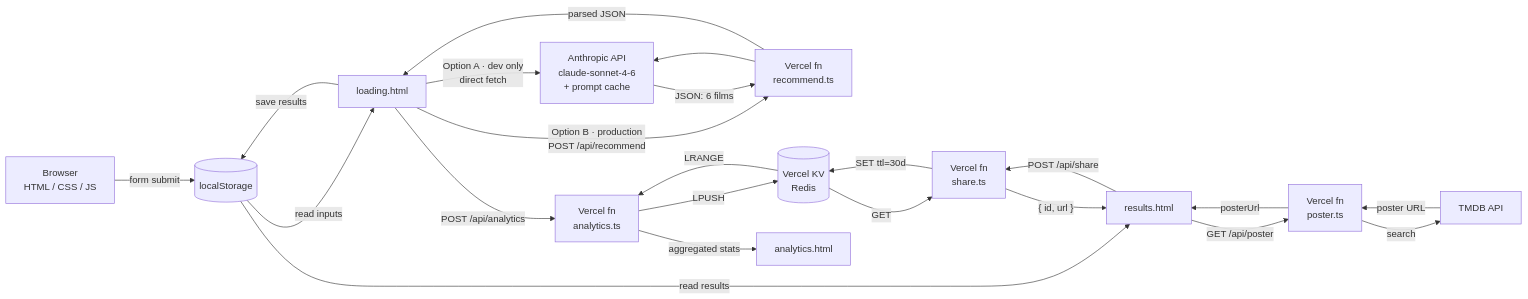
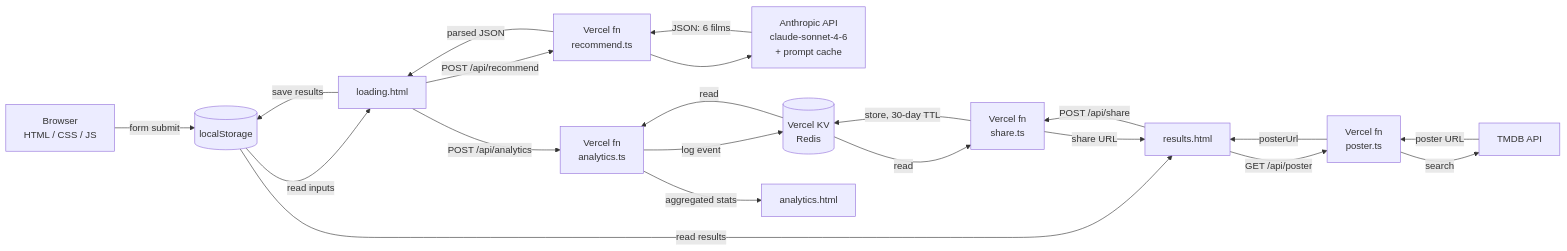
The diagram in README.md (jeffzh4/Cinematch), drawn with Mermaid before and after one commit. The commit also changed other lines of this file and 21 other files, not shown here.

````diff
--- a/README.md
+++ b/README.md
@@ -52,29 +60,28 @@
 ```mermaid
 flowchart LR
     Browser["Browser\nHTML / CSS / JS"] -->|"form submit"| LS[(localStorage)]
     LS -->|"read inputs"| Loading["loading.html"]
 
-    Loading -->|"Option A · dev only\ndirect fetch"| Anthropic["Anthropic API\nclaude-sonnet-4-6\n+ prompt cache"]
-    Loading -->|"Option B · production\nPOST /api/recommend"| VFR["Vercel fn\nrecommend.ts"]
-    VFR --> Anthropic
+    Loading -->|"POST /api/recommend"| VFR["Vercel fn\nrecommend.ts"]
+    VFR --> Anthropic["Anthropic API\nclaude-sonnet-4-6\n+ prompt cache"]
     Anthropic -->|"JSON: 6 films"| VFR
     VFR -->|"parsed JSON"| Loading
 
     Loading -->|"save results"| LS
     Loading -->|"POST /api/analytics"| VFA["Vercel fn\nanalytics.ts"]
-    VFA -->|"LPUSH"| KV[(Vercel KV\nRedis)]
+    VFA -->|"log event"| KV[(Vercel KV\nRedis)]
 
     LS -->|"read results"| Results["results.html"]
     Results -->|"GET /api/poster"| VFP["Vercel fn\nposter.ts"]
     VFP -->|"search"| TMDB["TMDB API"]
     TMDB -->|"poster URL"| VFP
     VFP -->|"posterUrl"| Results
 
     Results -->|"POST /api/share"| VFS["Vercel fn\nshare.ts"]
-    VFS -->|"SET ttl=30d"| KV
-    VFS -->|"{ id, url }"| Results
+    VFS -->|"store, 30-day TTL"| KV
+    VFS -->|"share URL"| Results
 
-    KV -->|"GET"| VFS
-    KV -->|"LRANGE"| VFA
+    KV -->|"read"| VFS
+    KV -->|"read"| VFA
     VFA -->|"aggregated stats"| Analytics["analytics.html"]
 ```
````
